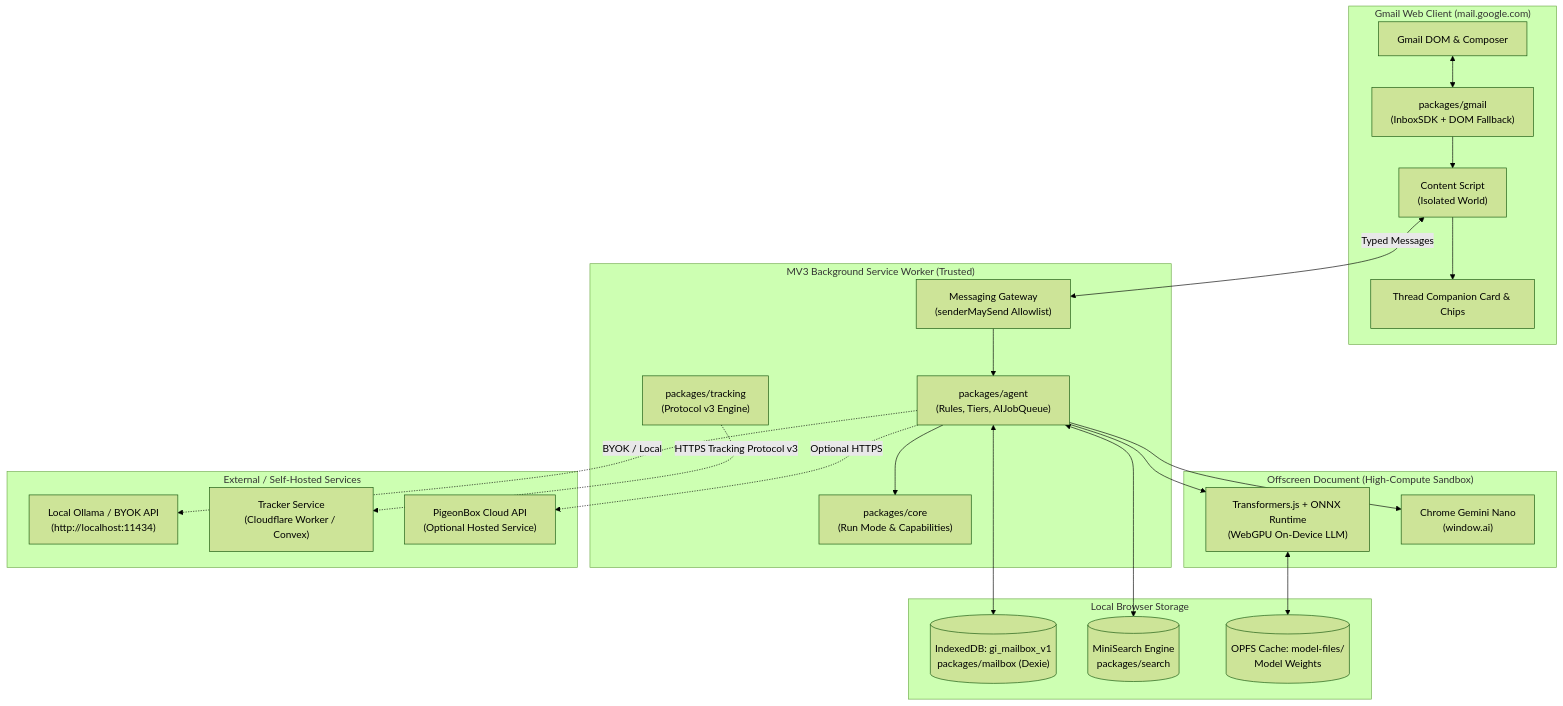
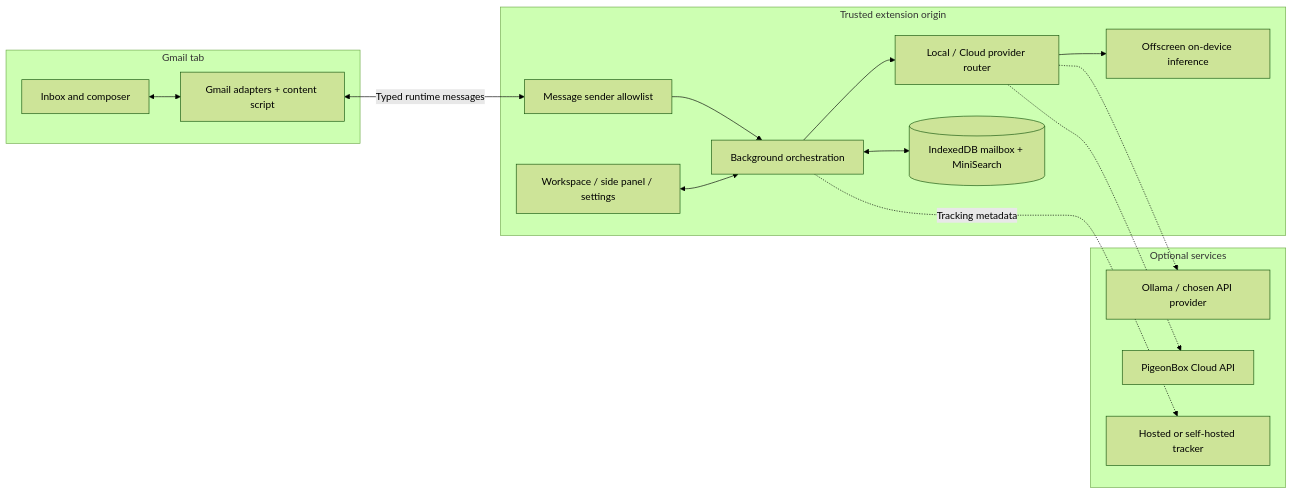
The diagram in data/readmes/aiden-guan__pigeonbox.md (zqf20096327/ai_collect), drawn with Mermaid (forest theme) before and after one commit. The commit also changed other lines of this file and 2708 other files, not shown here.

````diff
--- a/data/readmes/aiden-guan__pigeonbox.md
+++ b/data/readmes/aiden-guan__pigeonbox.md
@@ -127,48 +101,30 @@
 ```mermaid
-flowchart TD
-    subgraph GmailPage["Gmail Web Client (mail.google.com)"]
-        UI["Gmail DOM & Composer"]
-        ContentScript["Content Script<br/>(Isolated World)"]
-        Adapter["packages/gmail<br/>(InboxSDK + DOM Fallback)"]
-        ThreadCard["Thread Companion Card & Chips"]
+flowchart LR
+    subgraph Gmail["Gmail tab"]
+        DOM["Inbox and composer"]
+        Adapter["Gmail adapters + content script"]
+        DOM <--> Adapter
     end
-
-    subgraph ExtensionWorker["MV3 Background Service Worker (Trusted)"]
-        MsgGateway["Messaging Gateway<br/>(senderMaySend Allowlist)"]
-        Agent["packages/agent<br/>(Rules, Tiers, AIJobQueue)"]
-        Core["packages/core<br/>(Run Mode & Capabilities)"]
-        Tracking["packages/tracking<br/>(Protocol v3 Engine)"]
+    subgraph Extension["Trusted extension origin"]
+        UI["Workspace / side panel / settings"]
+        Gateway["Message sender allowlist"]
+        Worker["Background orchestration"]
+        Router["Local / Cloud provider router"]
+        Model["Offscreen on-device inference"]
+        Store[("IndexedDB mailbox + MiniSearch")]
+        Gateway --> Worker
+        UI <--> Worker
+        Worker <--> Store
+        Worker --> Router
+        Router --> Model
     end
-
-    subgraph Offscreen["Offscreen Document (High-Compute Sandbox)"]
-        WebGPU["Transformers.js + ONNX Runtime<br/>(WebGPU On-Device LLM)"]
-        Nano["Chrome Gemini Nano<br/>(window.ai)"]
+    subgraph Optional["Optional services"]
+        Provider["Ollama / chosen API provider"]
+        Cloud["PigeonBox Cloud API"]
+        Tracker["Hosted or self-hosted tracker"]
     end
-
-    subgraph LocalStorage["Local Browser Storage"]
-        IDB[("IndexedDB: gi_mailbox_v1<br/>packages/mailbox (Dexie)")]
-        SearchIndex[("MiniSearch Engine<br/>packages/search")]
-        OPFS[("OPFS Cache: model-files/<br/>Model Weights")]
-    end
-
-    subgraph ExternalBackends["External / Self-Hosted Services"]
-        LocalOllama["Local Ollama / BYOK API<br/>(http://localhost:11434)"]
-        TrackerService["Tracker Service<br/>(Cloudflare Worker / Convex)"]
-        CloudAPI["PigeonBox Cloud API<br/>(Optional Hosted Service)"]
-    end
-
-    UI <--> Adapter
-    Adapter --> ContentScript
-    ContentScript --> ThreadCard
-    ContentScript <-->|Typed Messages| MsgGateway
-    MsgGateway --> Agent
-    Agent --> Core
-    Agent <--> IDB
-    Agent <--> SearchIndex
-    Agent --> WebGPU
-    Agent --> Nano
-    WebGPU <--> OPFS
-    Agent -.->|BYOK / Local| LocalOllama
-    Agent -.->|Optional HTTPS| CloudAPI
-    Tracking -.->|HTTPS Tracking Protocol v3| TrackerService
+    Adapter <-->|"Typed runtime messages"| Gateway
+    Router -.-> Provider
+    Router -.-> Cloud
+    Worker -.->|"Tracking metadata"| Tracker
 ```
````
